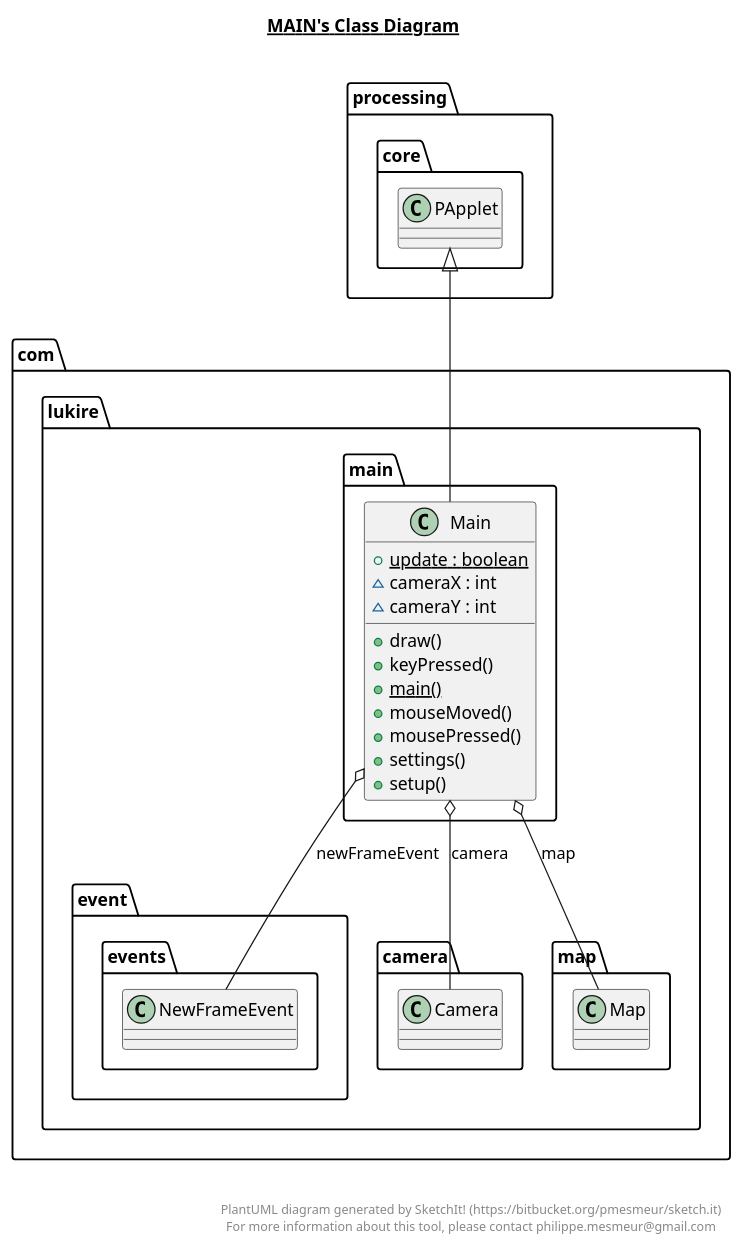
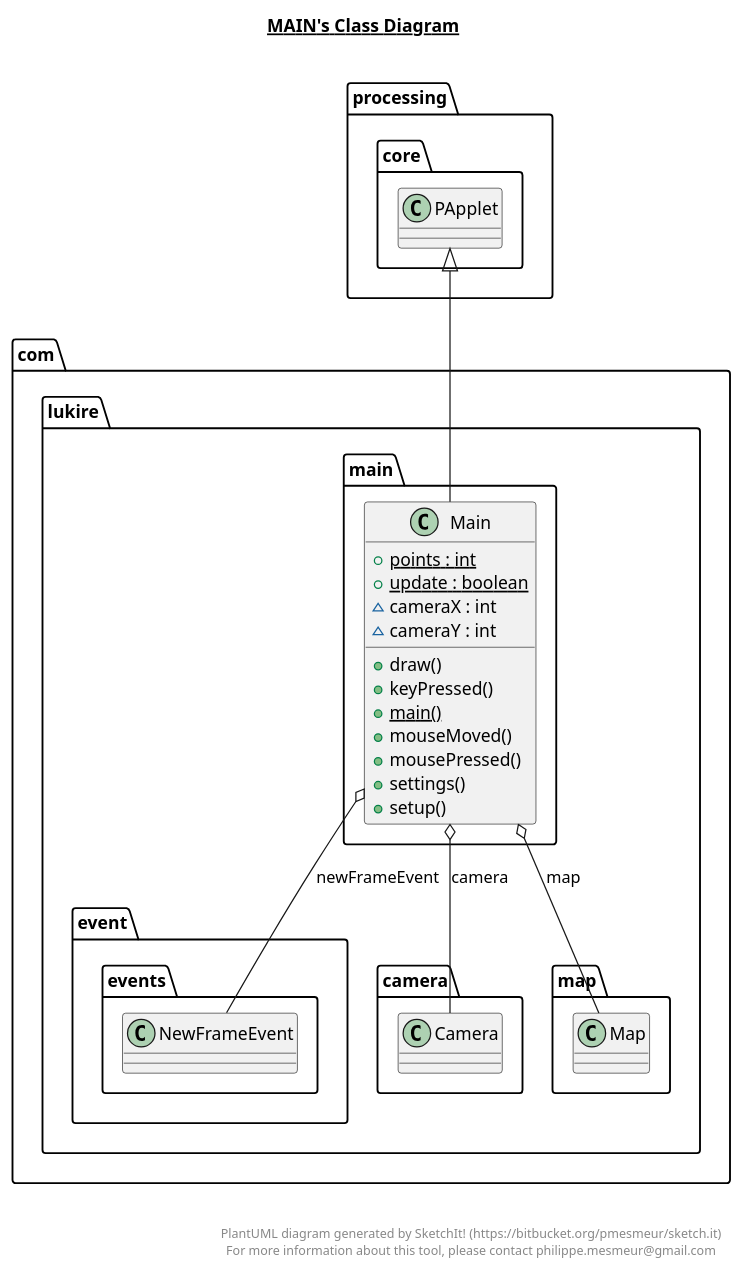
One commit to Lukires/school_cannon changed the diagram in src/main/java/com/lukire/main/main.plantuml. Above: the diagram before and after it, drawn with PlantUML. The commit also changed 115 other files, not shown here.

```diff
--- a/src/main/java/com/lukire/main/main.plantuml
+++ b/src/main/java/com/lukire/main/main.plantuml
@@ -1,34 +1,35 @@
 @startuml
 
 title __MAIN's Class Diagram__\n
 
   namespace com.lukire.main {
     class com.lukire.main.Main {
+        {static} + points : int
         {static} + update : boolean
         ~ cameraX : int
         ~ cameraY : int
         + draw()
         + keyPressed()
         {static} + main()
         + mouseMoved()
         + mousePressed()
         + settings()
         + setup()
     }
   }
   
 
   com.lukire.main.Main -up-|> processing.core.PApplet
   com.lukire.main.Main o-- com.lukire.event.events.NewFrameEvent : newFrameEvent
   com.lukire.main.Main o-- com.lukire.camera.Camera : camera
   com.lukire.main.Main o-- com.lukire.map.Map : map
 
 
 right footer
 
 
 PlantUML diagram generated by SketchIt! (https://bitbucket.org/pmesmeur/sketch.it)
 For more information about this tool, please contact philippe.mesmeur@gmail.com
 endfooter
 
 @enduml
```
